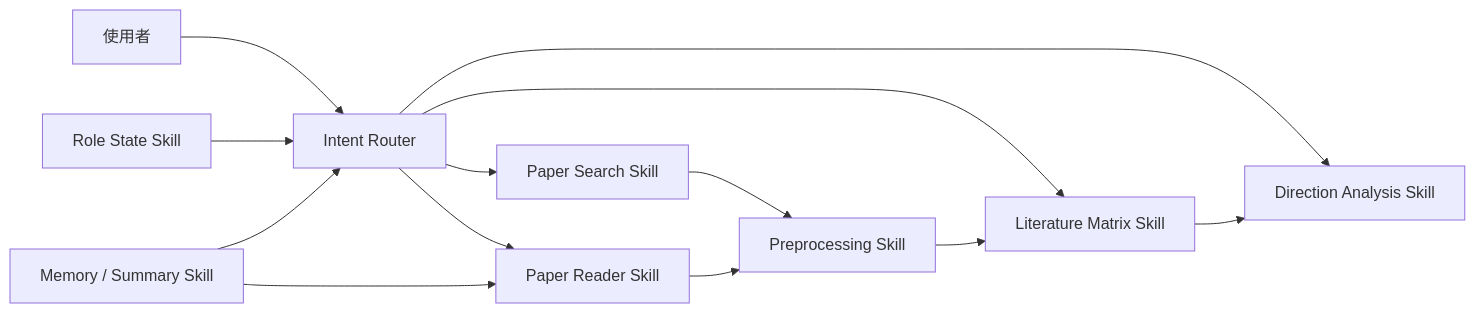
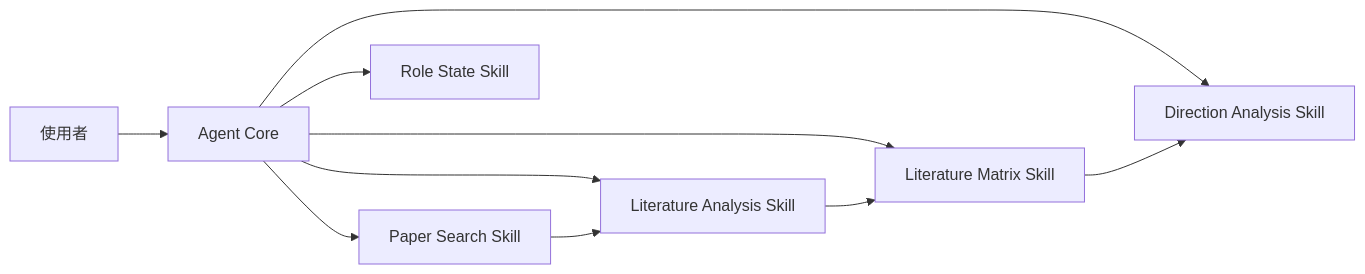
One commit to squidj193-sudo/ai-final changed the second of 2 diagrams in AI研究助理Agent提案報告.md. Above: the diagram before and after it, drawn with Mermaid. The commit also changed other lines of this file and 3 other files, not shown here.

````diff
--- a/AI研究助理Agent提案報告.md
+++ b/AI研究助理Agent提案報告.md
@@ -118,17 +115,13 @@
 ```mermaid
 flowchart LR
-    User[使用者] --> Router[Intent Router]
-    Router --> Search[Paper Search Skill]
-    Router --> Reader[Paper Reader Skill]
-    Router --> Matrix[Literature Matrix Skill]
-    Router --> Direction[Direction Analysis Skill]
+    User[使用者] --> Agent[Agent Core]
+    Agent --> Search[Paper Search Skill]
+    Agent --> Analysis[Literature Analysis Skill]
+    Agent --> Matrix[Literature Matrix Skill]
+    Agent --> Direction[Direction Analysis Skill]
+    Agent --> Role[Role State Skill]
 
-    Search --> Preprocess[Preprocessing Skill]
-    Reader --> Preprocess
-    Preprocess --> Matrix
+    Search --> Analysis
+    Analysis --> Matrix
     Matrix --> Direction
-
-    Role[Role State Skill] --> Router
-    Memory[Memory / Summary Skill] --> Router
-    Memory --> Reader
 ```
````
